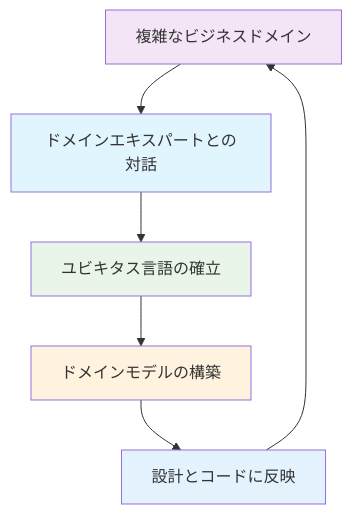
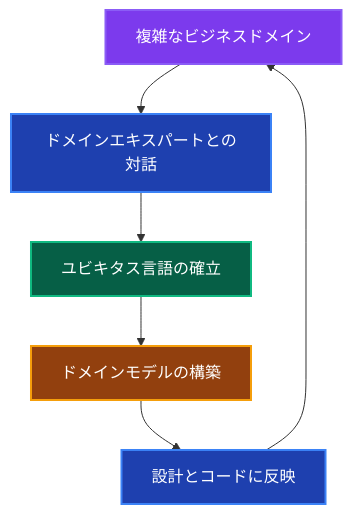
The first of 9 diagrams in _DOCS/guides/ddd/concepts/domain-driven-design.md (derushio/d-next-ddd-example), drawn with Mermaid before and after one commit. The commit also changed other lines of this file and 31 other files, not shown here.

Commit message:
🎨: DOCSのMermaid図表カラーテーマを暗色に統一し視認性を向上

````diff
--- a/_DOCS/guides/ddd/concepts/domain-driven-design.md
+++ b/_DOCS/guides/ddd/concepts/domain-driven-design.md
@@ -15,14 +15,14 @@
 ```mermaid
 graph TD
     A[複雑なビジネスドメイン] --> B[ドメインエキスパートとの対話]
     B --> C[ユビキタス言語の確立]
     C --> D[ドメインモデルの構築]
     D --> E[設計とコードに反映]
     E --> A
     
-    style A fill:#f3e5f5
-    style B fill:#e1f5fe
-    style C fill:#e8f5e8
-    style D fill:#fff3e0
-    style E fill:#e3f2fd
+    style A fill:#7c3aed,stroke:#8b5cf6,stroke-width:2px,color:#ffffff
+    style B fill:#1e40af,stroke:#3b82f6,stroke-width:2px,color:#ffffff
+    style C fill:#065f46,stroke:#10b981,stroke-width:2px,color:#ffffff
+    style D fill:#92400e,stroke:#f59e0b,stroke-width:2px,color:#ffffff
+    style E fill:#1e40af,stroke:#3b82f6,stroke-width:2px,color:#ffffff
 ```
````
